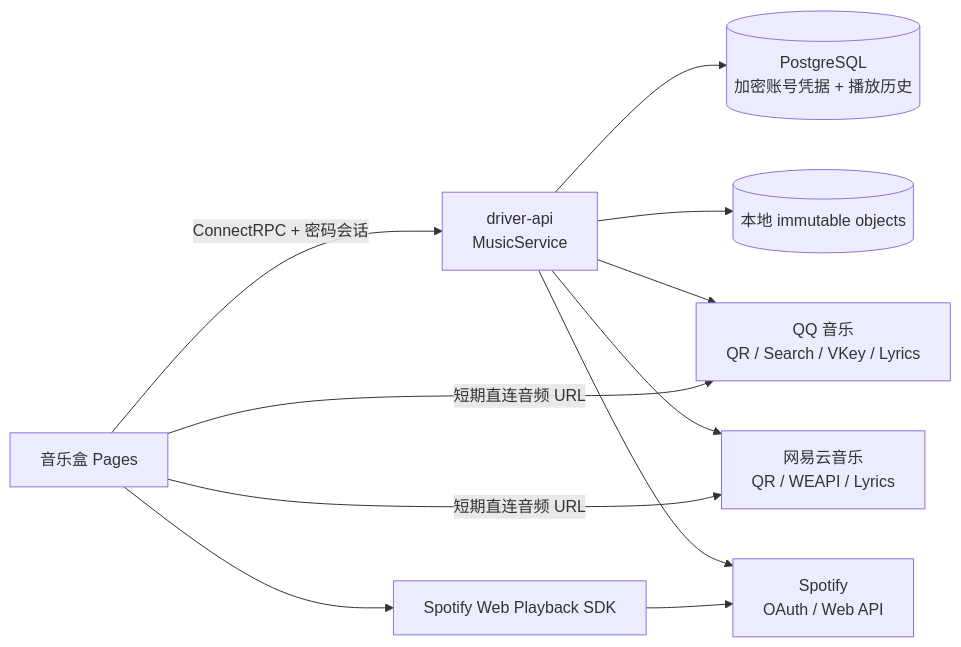
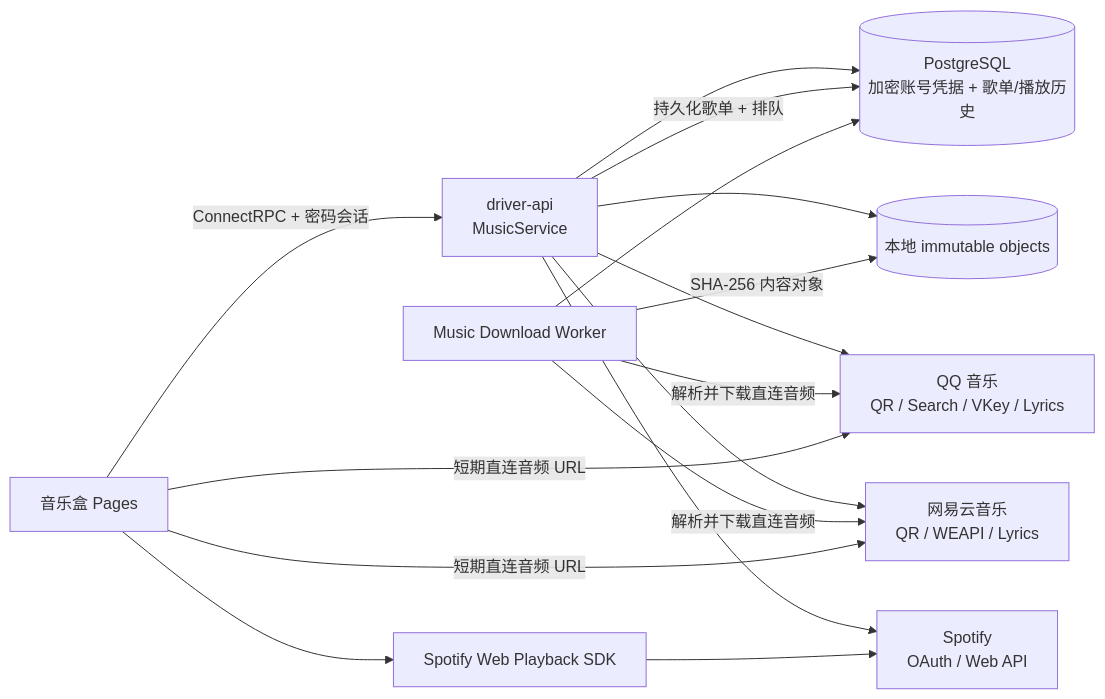
One commit to pood1e/realtime-me changed the third of 4 diagrams in imports/cloud-driver/README.md. Above: the diagram before and after it, drawn with Mermaid. The commit also changed other lines of this file and 55 other files, not shown here.

Commit message:
feat(music): import playlists and download locally

````diff
--- a/imports/cloud-driver/README.md
+++ b/imports/cloud-driver/README.md
@@ -88,21 +89,27 @@
 ```mermaid
 flowchart LR
   Browser["音乐盒 Pages"]
   API["driver-api\nMusicService"]
-  DB[("PostgreSQL\n加密账号凭据 + 播放历史")]
+  Worker["Music Download Worker"]
+  DB[("PostgreSQL\n加密账号凭据 + 歌单/播放历史")]
   Local[("本地 immutable objects")]
   QQ["QQ 音乐\nQR / Search / VKey / Lyrics"]
   NetEase["网易云音乐\nQR / WEAPI / Lyrics"]
   Spotify["Spotify\nOAuth / Web API"]
   SDK["Spotify Web Playback SDK"]
 
   Browser -->|"ConnectRPC + 密码会话"| API
   API --> DB
   API --> Local
   API --> QQ
   API --> NetEase
   API --> Spotify
+  API -->|"持久化歌单 + 排队"| DB
+  Worker --> DB
+  Worker -->|"解析并下载直连音频"| QQ
+  Worker -->|"解析并下载直连音频"| NetEase
+  Worker -->|"SHA-256 内容对象"| Local
   Browser -->|"短期直连音频 URL"| QQ
   Browser -->|"短期直连音频 URL"| NetEase
   Browser --> SDK --> Spotify
 ```
````
